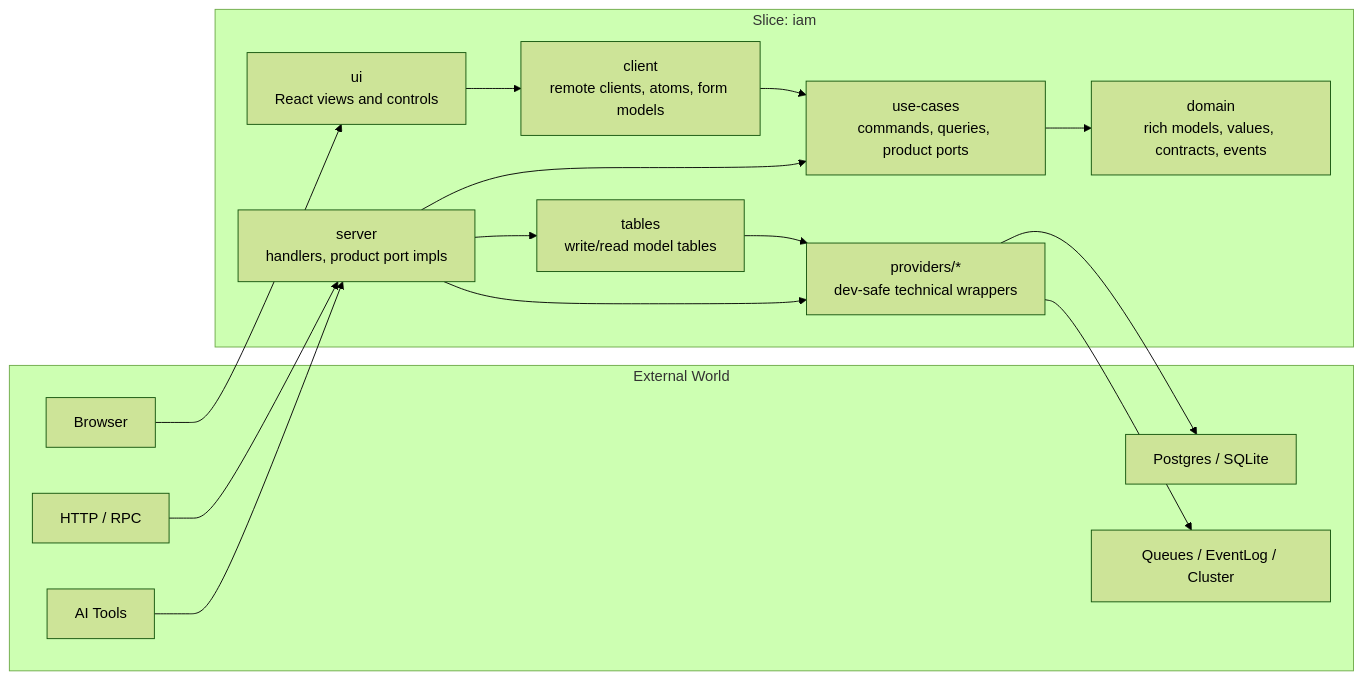
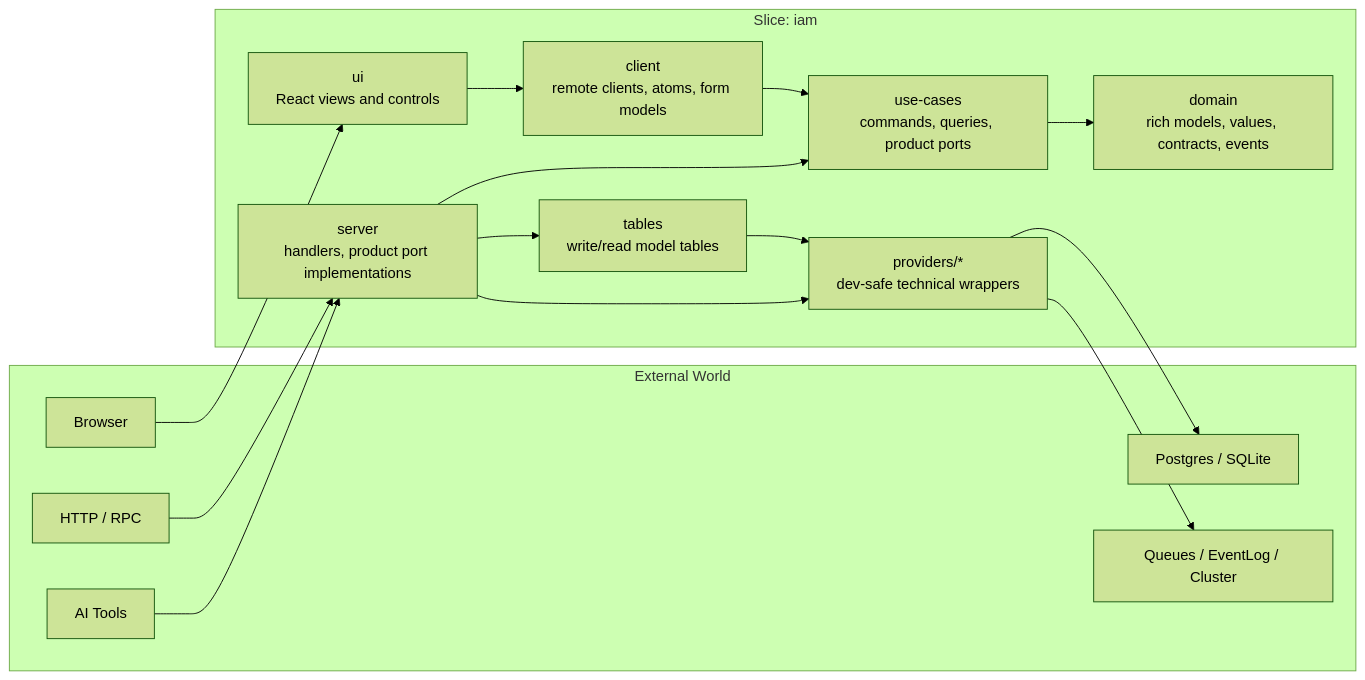
Before and after one commit to kriegcloud/beep-effect: the second of 6 diagrams in standards/ARCHITECTURE.md, drawn with Mermaid (forest theme). The commit also changed 111 other files, not shown here.

````diff
--- a/standards/ARCHITECTURE.md
+++ b/standards/ARCHITECTURE.md
@@ -178,29 +178,29 @@
 ```mermaid
 flowchart LR
   subgraph outside["External World"]
     browser["Browser"]
     http["HTTP / RPC"]
     ai["AI Tools"]
     db["Postgres / SQLite"]
     queue["Queues / EventLog / Cluster"]
   end
 
   subgraph slice["Slice: iam"]
     domain["domain\nrich models, values, contracts, events"]
     usecases["use-cases\ncommands, queries, product ports"]
-    server["server\nhandlers, product port impls"]
+    server["server\nhandlers, product port implementations"]
     client["client\nremote clients, atoms, form models"]
     tables["tables\nwrite/read model tables"]
     ui["ui\nReact views and controls"]
     providers["providers/*\ndev-safe technical wrappers"]
   end
 
   browser --> ui --> client --> usecases --> domain
   http --> server --> usecases
   ai --> server
   server --> tables
   server --> providers
   tables --> providers
   providers --> db
   providers --> queue
 ```
````
